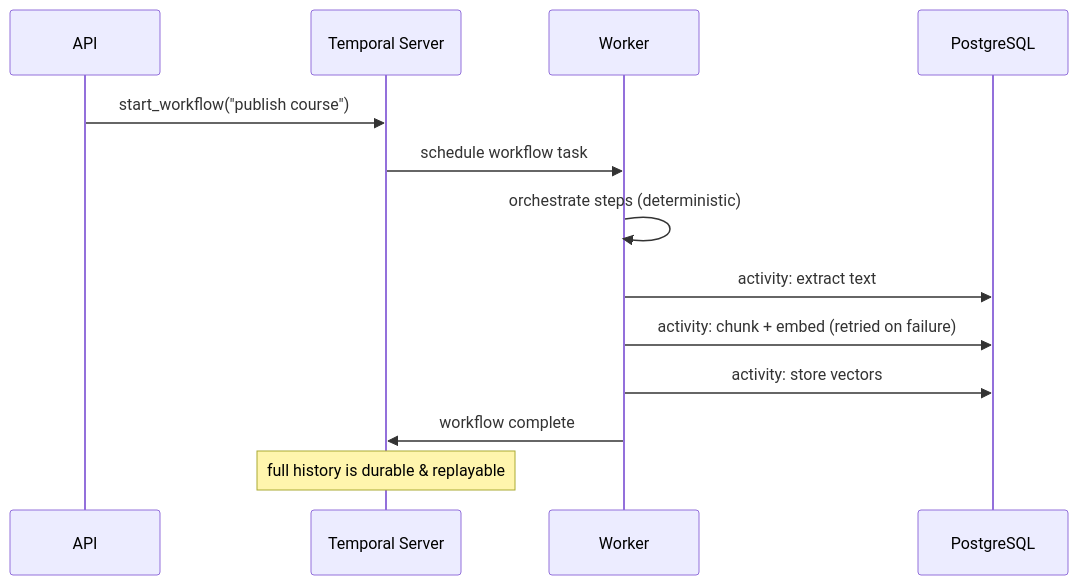
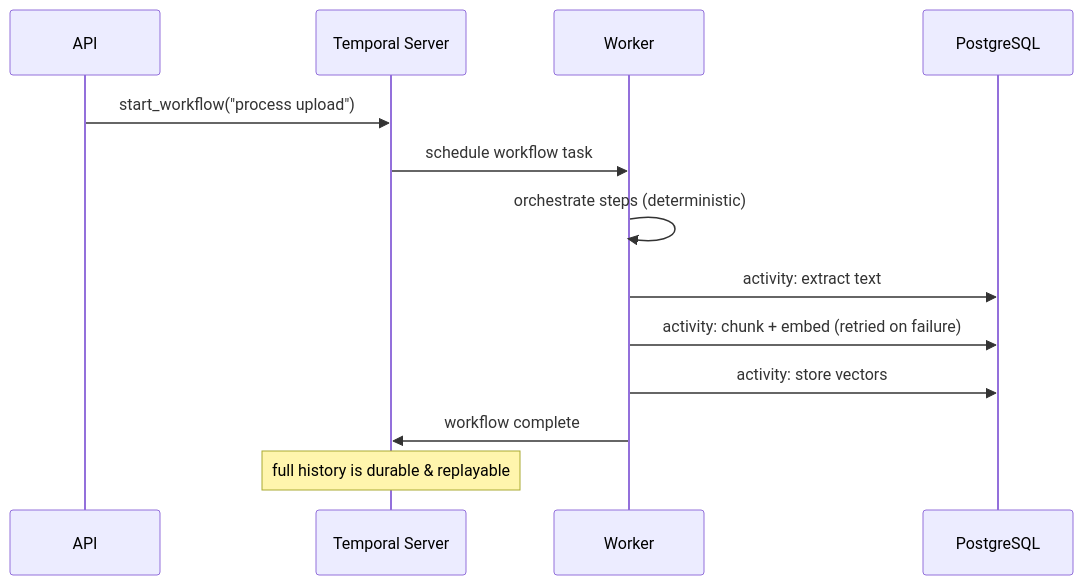
The third of 4 diagrams in src/content/docs/concepts/messaging.md (Hamza-Afraiz/Python-learning), drawn with Mermaid before and after one commit. The commit also changed 5 other files, not shown here.

````diff
--- a/src/content/docs/concepts/messaging.md
+++ b/src/content/docs/concepts/messaging.md
@@ -65,16 +65,16 @@
 ```mermaid
 sequenceDiagram
     participant API
     participant TS as Temporal Server
     participant W as Worker
     participant DB as PostgreSQL
 
-    API->>TS: start_workflow("publish course")
+    API->>TS: start_workflow("process upload")
     TS->>W: schedule workflow task
     W->>W: orchestrate steps (deterministic)
     W->>DB: activity: extract text
     W->>DB: activity: chunk + embed (retried on failure)
     W->>DB: activity: store vectors
     W->>TS: workflow complete
     Note over TS: full history is durable & replayable
 ```
````
